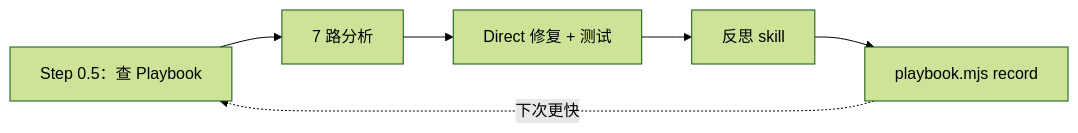
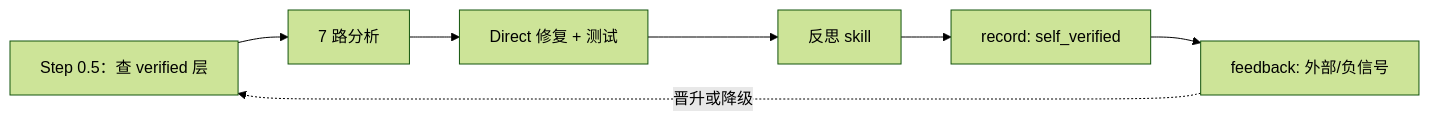
Before and after one commit to whitequeen306/code-cortex-loop: the second of 2 diagrams in README.md, drawn with Mermaid (forest theme). The commit also changed other lines of this file and 10 other files, not shown here.

````diff
--- a/README.md
+++ b/README.md
@@ -127,8 +129,9 @@
 ```mermaid
 flowchart LR
-  pre["Step 0.5：查 Playbook"] --> analyze["7 路分析"]
+  pre["Step 0.5：查 verified 层"] --> analyze["7 路分析"]
   analyze --> fix["Direct 修复 + 测试"]
   fix --> reflect["反思 skill"]
-  reflect --> record["playbook.mjs record"]
-  record -.下次更快.-> pre
+  reflect --> record["record: self_verified"]
+  record --> feedback["feedback: 外部/负信号"]
+  feedback -.晋升或降级.-> pre
 ```
````
